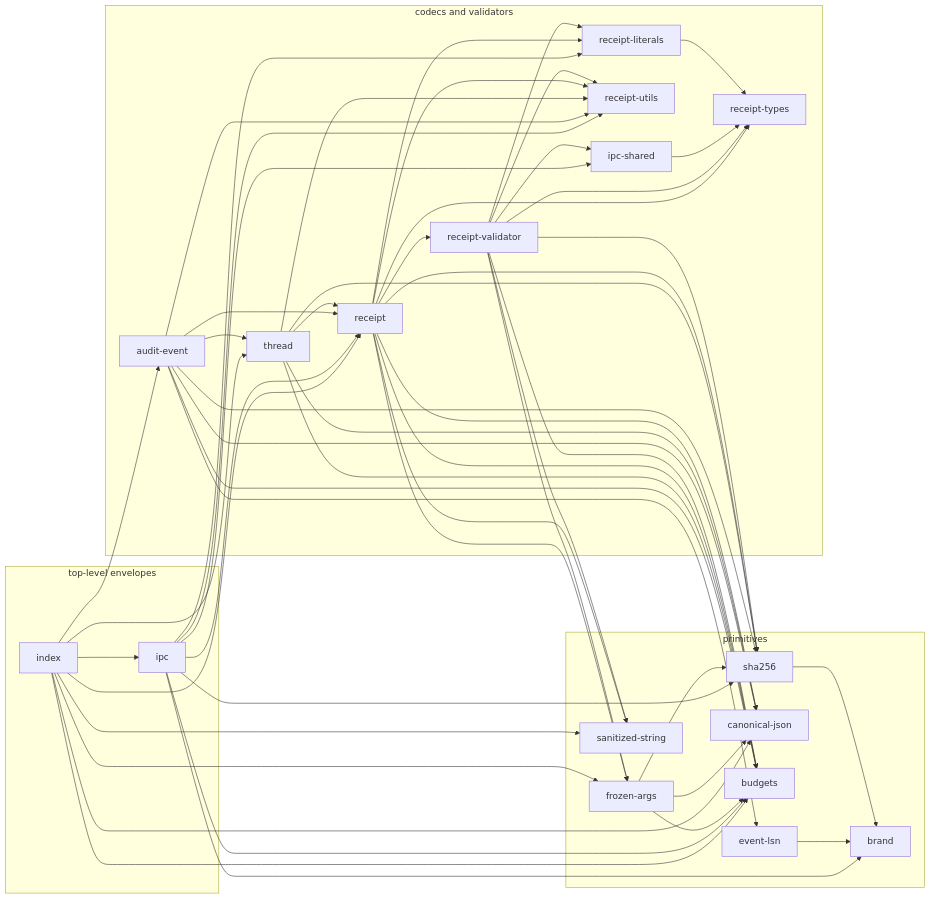
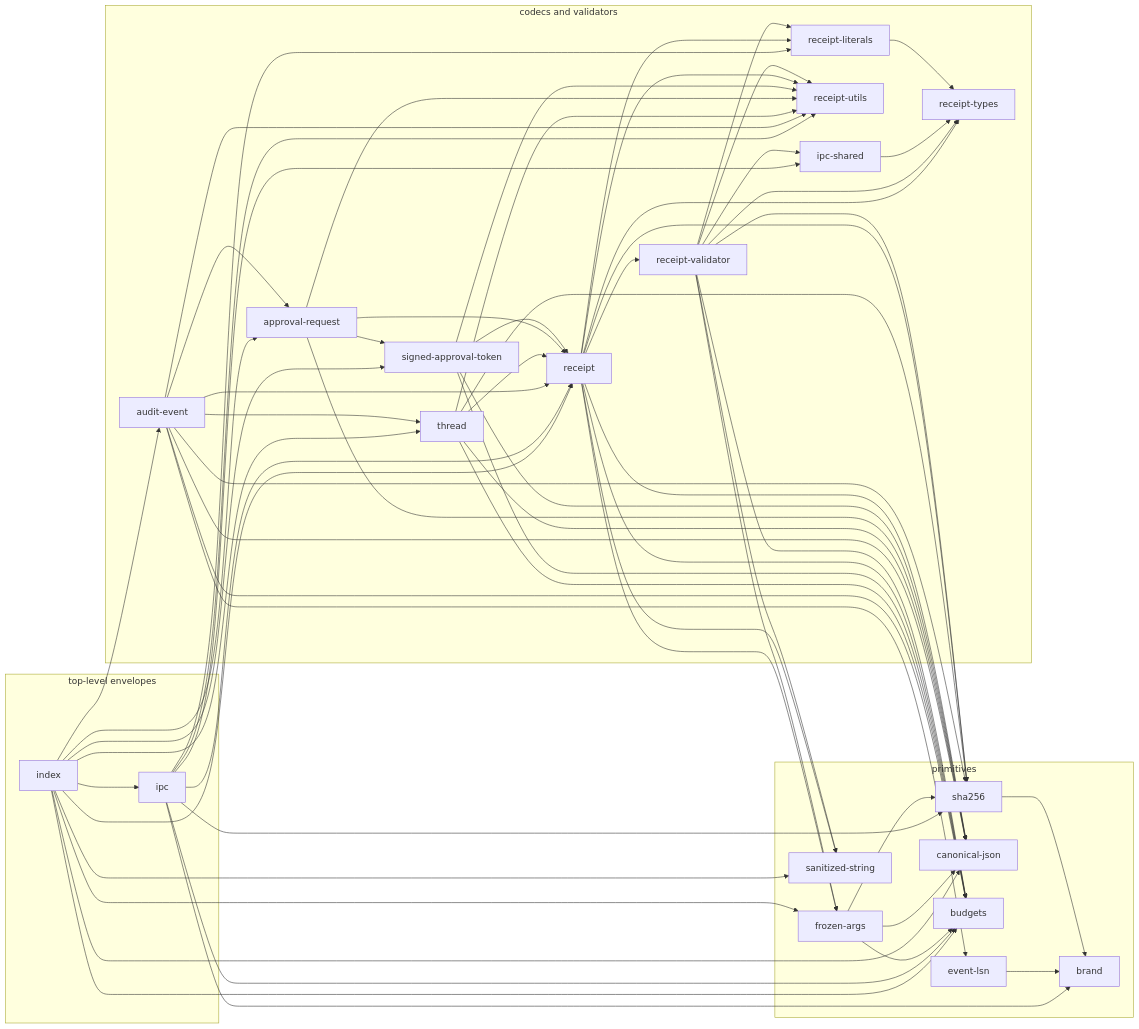
The first of 3 diagrams in packages/protocol/docs/OVERVIEW.md (nex-crm/wuphf), drawn with Mermaid before and after one commit. The commit also changed other lines of this file and 19 other files, not shown here.

First line of the commit message:
feat(protocol): add approval request wire artifact

````diff
--- a/packages/protocol/docs/OVERVIEW.md
+++ b/packages/protocol/docs/OVERVIEW.md
@@ -35,6 +35,8 @@
     shared[ipc-shared]
     rvalidator[receipt-validator]
     receipt[receipt]
+    signed[signed-approval-token]
+    approval[approval-request]
     audit[audit-event]
     thread[thread]
   end
@@ -66,6 +68,14 @@
   receipt --> rvalidator
   receipt --> sanitized
   receipt --> sha256
+  signed --> budgets
+  signed --> jcs
+  signed --> receipt
+  signed --> utils
+  approval --> jcs
+  approval --> receipt
+  approval --> signed
+  approval --> utils
   thread --> budgets
   thread --> jcs
   thread --> receipt
@@ -73,6 +83,7 @@
   thread --> sha256
   audit --> budgets
   audit --> jcs
+  audit --> approval
   audit --> lsn
   audit --> receipt
   audit --> thread
@@ -92,5 +103,7 @@
   index --> ipc
   index --> receipt
   index --> sanitized
+  index --> approval
+  index --> signed
   index --> thread
 ```
````
